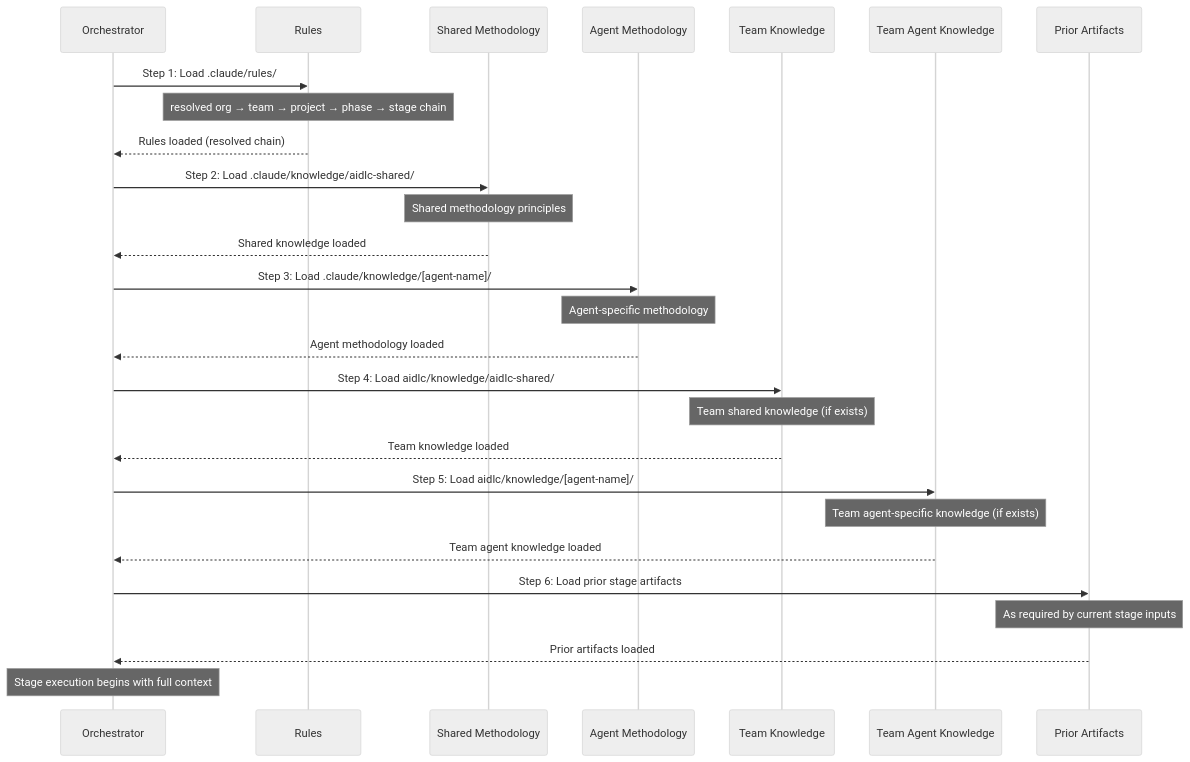
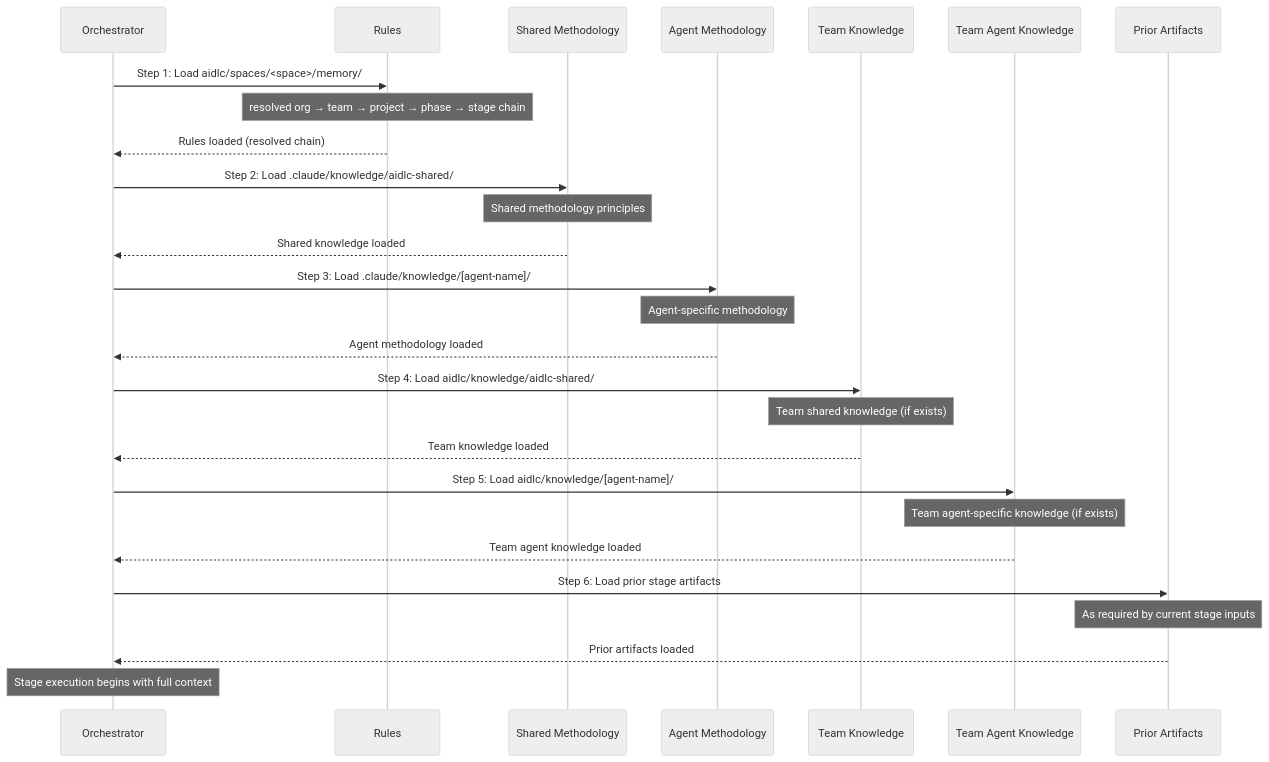
Before and after one commit to awslabs/aidlc-workflows: the second of 2 diagrams in docs/guide/07-knowledge.md, drawn with Mermaid (neutral theme). The commit also changed other lines of this file and 169 other files, not shown here.

````diff
--- a/docs/guide/07-knowledge.md
+++ b/docs/guide/07-knowledge.md
@@ -280,36 +280,36 @@
 ```mermaid
 sequenceDiagram
     participant O as Orchestrator
     participant G as Rules
     participant SM as Shared Methodology
     participant AM as Agent Methodology
     participant TK as Team Knowledge
     participant TAK as Team Agent Knowledge
     participant PA as Prior Artifacts
 
-    O->>G: Step 1: Load .claude/rules/
+    O->>G: Step 1: Load aidlc/spaces/<space>/memory/
     Note over G: resolved org → team → project → phase → stage chain
     G-->>O: Rules loaded (resolved chain)
 
     O->>SM: Step 2: Load .claude/knowledge/aidlc-shared/
     Note over SM: Shared methodology principles
     SM-->>O: Shared knowledge loaded
 
     O->>AM: Step 3: Load .claude/knowledge/[agent-name]/
     Note over AM: Agent-specific methodology
     AM-->>O: Agent methodology loaded
 
     O->>TK: Step 4: Load aidlc/knowledge/aidlc-shared/
     Note over TK: Team shared knowledge (if exists)
     TK-->>O: Team knowledge loaded
 
     O->>TAK: Step 5: Load aidlc/knowledge/[agent-name]/
     Note over TAK: Team agent-specific knowledge (if exists)
     TAK-->>O: Team agent knowledge loaded
 
     O->>PA: Step 6: Load prior stage artifacts
     Note over PA: As required by current stage inputs
     PA-->>O: Prior artifacts loaded
 
     Note over O: Stage execution begins with full context
 ```
````
